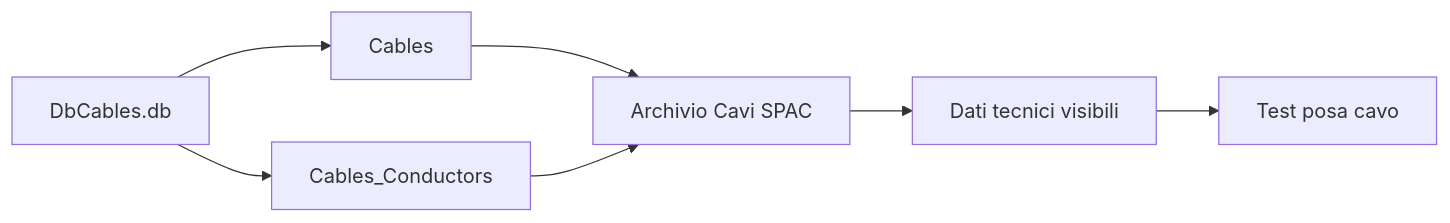
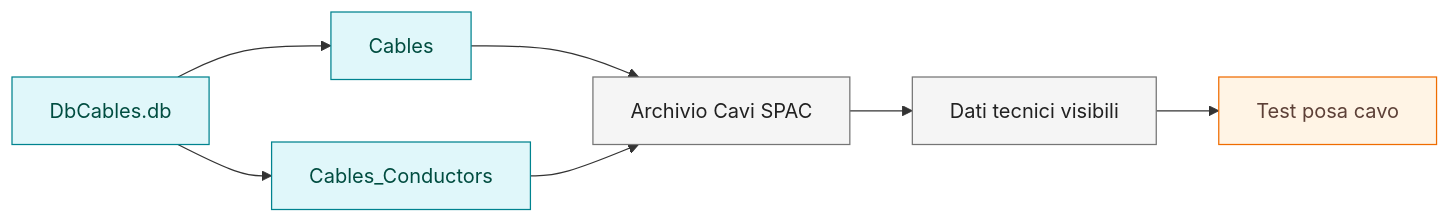
The third of 3 diagrams in docs/25-cable-archive-dbcables.md (robertochello/spac-start-knowledge-base), drawn with Mermaid before and after one commit. The commit also changed other lines of this file and 27 other files, not shown here.

Commit message:
docs: standardize diagrams and visual cues

````diff
--- a/docs/25-cable-archive-dbcables.md
+++ b/docs/25-cable-archive-dbcables.md
@@ -118,9 +157,13 @@
 ```mermaid
 flowchart LR
-    A[DbCables.db] --> B[Cables]
-    A --> C[Cables_Conductors]
-    B --> D[Archivio Cavi SPAC]
+    A[DbCables.db]:::data --> B[Cables]:::data
+    A --> C[Cables_Conductors]:::data
+    B --> D[Archivio Cavi SPAC]:::process
     C --> D
-    D --> E[Dati tecnici visibili]
-    E --> F[Test posa cavo]
+    D --> E[Dati tecnici visibili]:::process
+    E --> F[Test posa cavo]:::warn
+
+    classDef warn fill:#fff4e5,stroke:#ef6c00,color:#5d4037;
+    classDef data fill:#e0f7fa,stroke:#00838f,color:#004d40;
+    classDef process fill:#f5f5f5,stroke:#757575,color:#212121;
 ```
````
